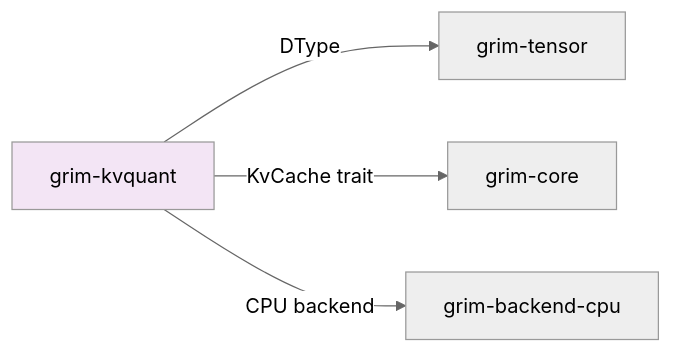
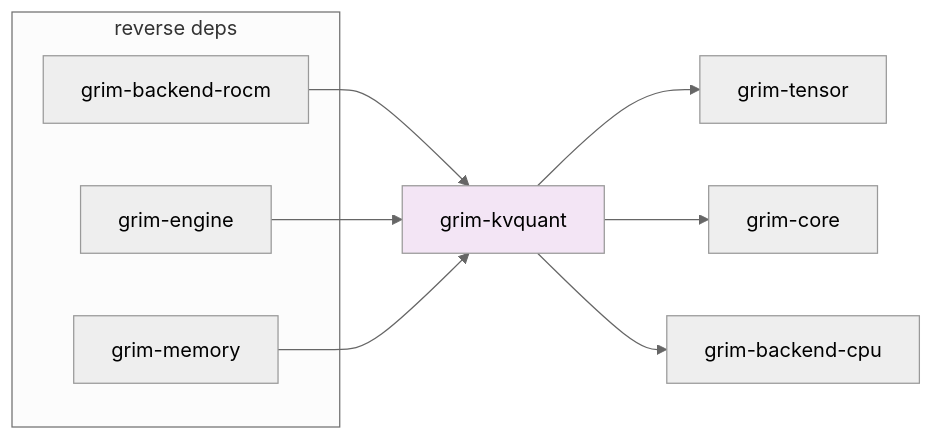
One commit to sydonayrex/grim changed the diagram in crates/grim-kvquant/README.md. Above: the diagram before and after it, drawn with Mermaid (neutral theme). The commit also changed other lines of this file and 55 other files, not shown here.

````diff
--- a/crates/grim-kvquant/README.md
+++ b/crates/grim-kvquant/README.md
@@ -20,8 +17,18 @@
 ```mermaid
 graph LR
-    A[grim-kvquant] -->|DType| B[grim-tensor]
-    A -->|KvCache trait| C[grim-core]
-    A -->|CPU backend| D[grim-backend-cpu]
-    
+    A[grim-kvquant] --> B[grim-tensor]
+    A --> C[grim-core]
+    A --> D[grim-backend-cpu]
+
+    subgraph "reverse deps"
+        E1[grim-backend-rocm]
+        E2[grim-engine]
+        E3[grim-memory]
+    end
+
+    E1 --> A
+    E2 --> A
+    E3 --> A
+
     style A fill:#f3e5f5
 ```
````
